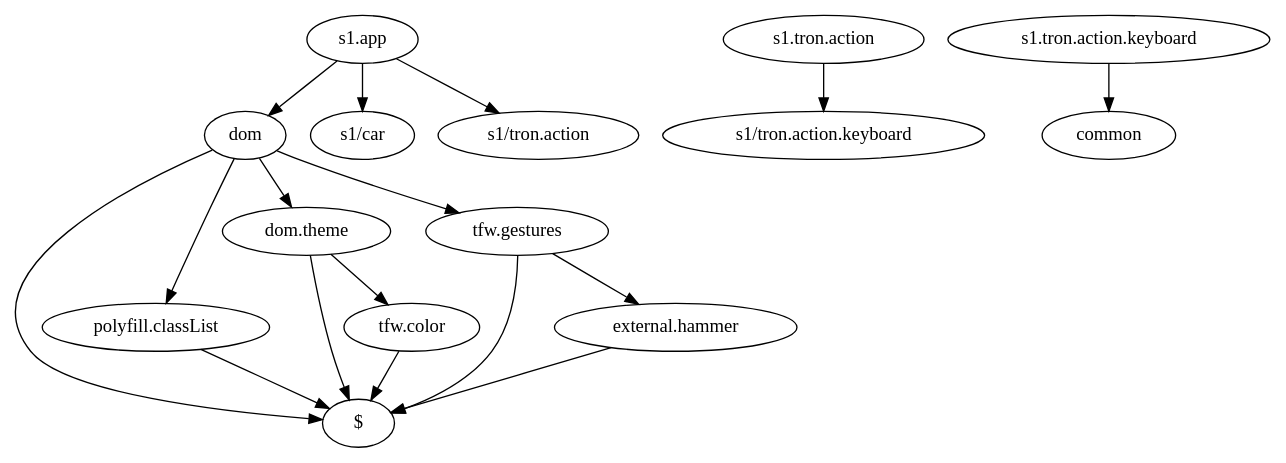
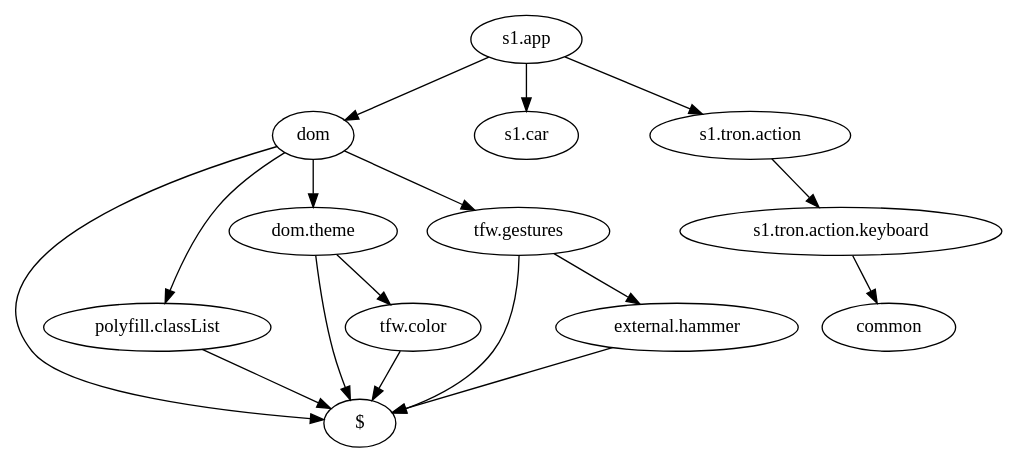
One commit to tolokoban/game-tron changed the diagram in doc/s1.html.dot. Above: the diagram before and after it, drawn with Graphviz. The commit also changed 47 other files, not shown here.

```diff
--- a/doc/s1.html.dot
+++ b/doc/s1.html.dot
@@ -1,26 +1,26 @@
 digraph dependencies {
     "s1.app" -> "dom"
 
-    "s1.app" -> "s1/car"
+    "s1.app" -> "s1.car"
 
-    "s1.app" -> "s1/tron.action"
-    "s1.tron.action" -> "s1/tron.action.keyboard"
+    "s1.app" -> "s1.tron.action"
+    "s1.tron.action" -> "s1.tron.action.keyboard"
     "s1.tron.action.keyboard" -> "common"
     "dom" -> "$"
 
     "dom" -> "polyfill.classList"
 
     "dom" -> "dom.theme"
 
     "dom" -> "tfw.gestures"
     "tfw.gestures" -> "$"
 
     "tfw.gestures" -> "external.hammer"
     "external.hammer" -> "$"
     "dom.theme" -> "$"
 
     "dom.theme" -> "tfw.color"
     "tfw.color" -> "$"
     "polyfill.classList" -> "$"
 
 }
```
